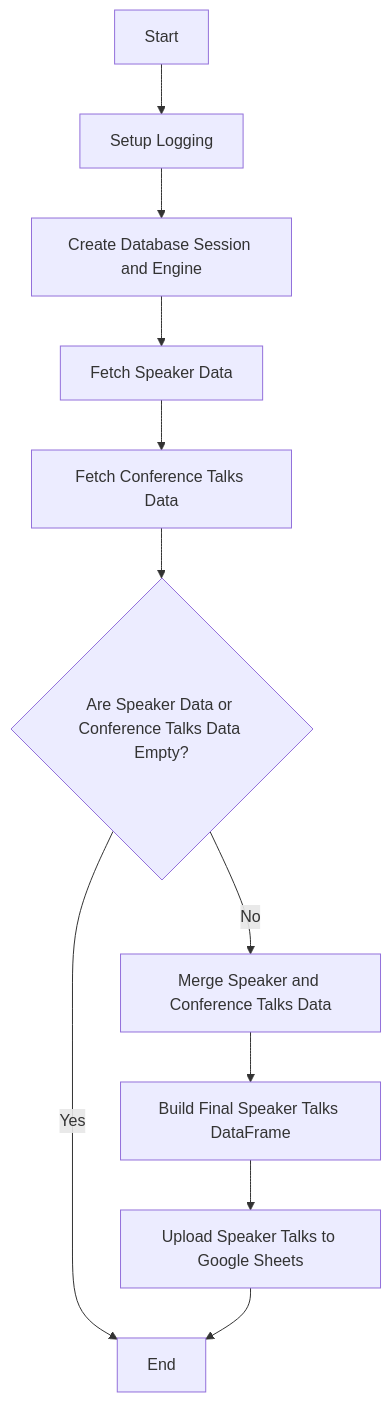
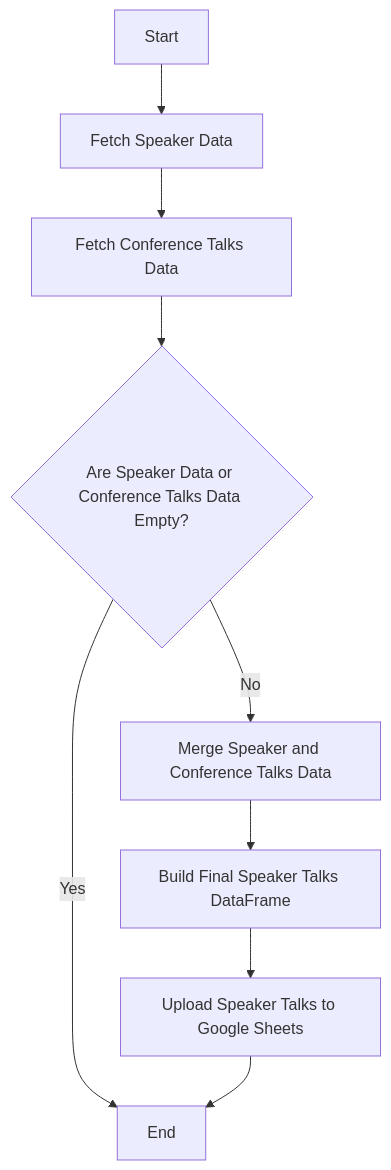
The fifth of 5 diagrams in README.md (SlavkoMuzdeka/Intelligence-Machine), drawn with Mermaid before and after one commit. The commit also changed other lines of this file, not shown here.

````diff
--- a/README.md
+++ b/README.md
@@ -226,21 +222,18 @@
 ```mermaid
 flowchart TD
-    A[Start] --> B[Setup Logging]
+    A[Start] --> B[Fetch Speaker Data]
 
-    B --> C[Create Database Session and Engine]
-
-    C --> D[Fetch Speaker Data]
-    D --> E[Fetch Conference Talks Data]
+    B --> E[Fetch Conference Talks Data]
 
     E --> F{Are Speaker Data or Conference Talks Data Empty?}
 
     F -- Yes --> H[End]
     
     F -- No --> J[Merge Speaker and Conference Talks Data]
     
     J --> L[Build Final Speaker Talks DataFrame]
 
     L --> M[Upload Speaker Talks to Google Sheets]
    
     M --> H[End]
 ```
````
